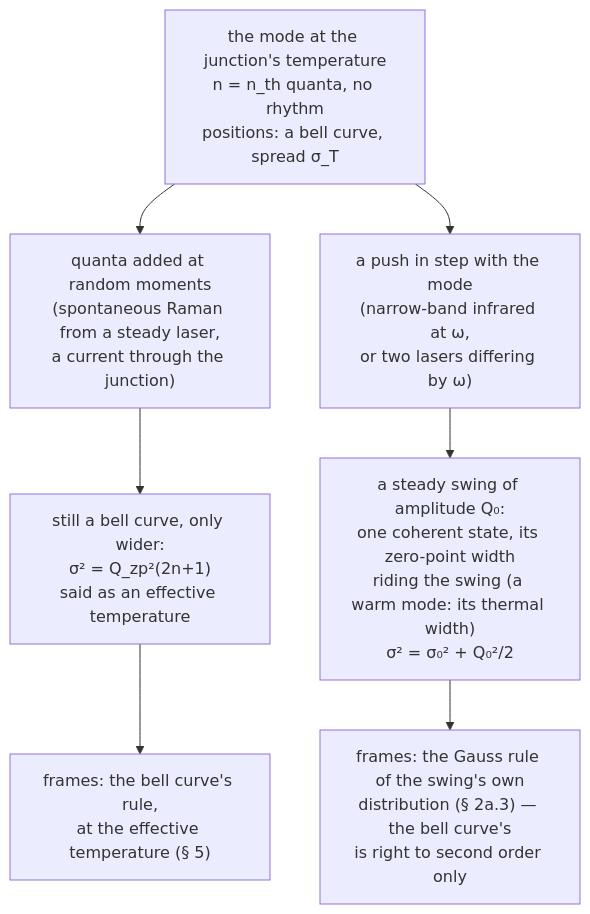
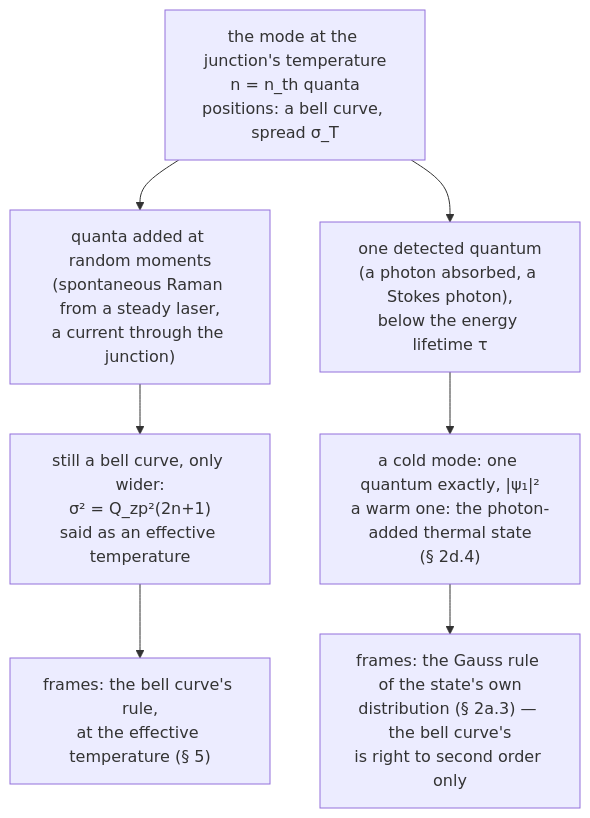
The second of 11 diagrams in docs/science/vibrational-averaging.md (Qing-LAB/molbuilder), drawn with Mermaid before and after one commit. The commit also changed other lines of this file and 44 other files, not shown here.

````diff
--- a/docs/science/vibrational-averaging.md
+++ b/docs/science/vibrational-averaging.md
@@ -171,10 +175,10 @@
 ```mermaid
 flowchart TD
-    E["the mode at the junction's temperature<br/>n = n_th quanta, no rhythm<br/>positions: a bell curve, spread σ_T"]
+    E["the mode at the junction's temperature<br/>n = n_th quanta<br/>positions: a bell curve, spread σ_T"]
     E --> R["quanta added at random moments<br/>(spontaneous Raman from a steady laser,<br/>a current through the junction)"]
-    E --> C["a push in step with the mode<br/>(narrow-band infrared at ω,<br/>or two lasers differing by ω)"]
+    E --> H["one detected quantum<br/>(a photon absorbed, a Stokes photon),<br/>below the energy lifetime τ"]
     R --> RB["still a bell curve, only wider:<br/>σ² = Q_zp²(2n+1)<br/>said as an effective temperature"]
-    C --> CS["a steady swing of amplitude Q₀:<br/>one coherent state, its zero-point width<br/>riding the swing (a warm mode: its thermal width)<br/>σ² = σ₀² + Q₀²/2"]
+    H --> HN["a cold mode: one quantum exactly, |ψ₁|²<br/>a warm one: the photon-added thermal state<br/>(§ 2d.4)"]
     RB --> F1["frames: the bell curve's rule,<br/>at the effective temperature (§ 5)"]
-    CS --> F2["frames: the Gauss rule of the swing's own<br/>distribution (§ 2a.3) — the bell curve's<br/>is right to second order only"]
+    HN --> F2["frames: the Gauss rule of the state's own<br/>distribution (§ 2a.3) — the bell curve's<br/>is right to second order only"]
 ```
````
